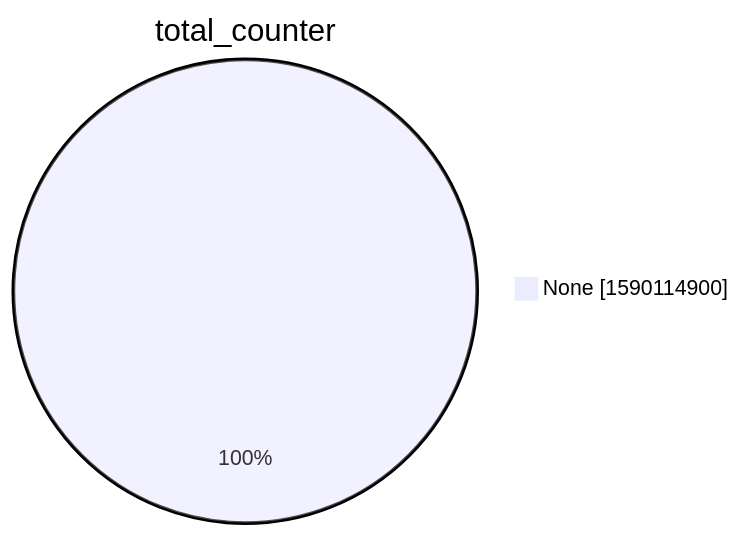
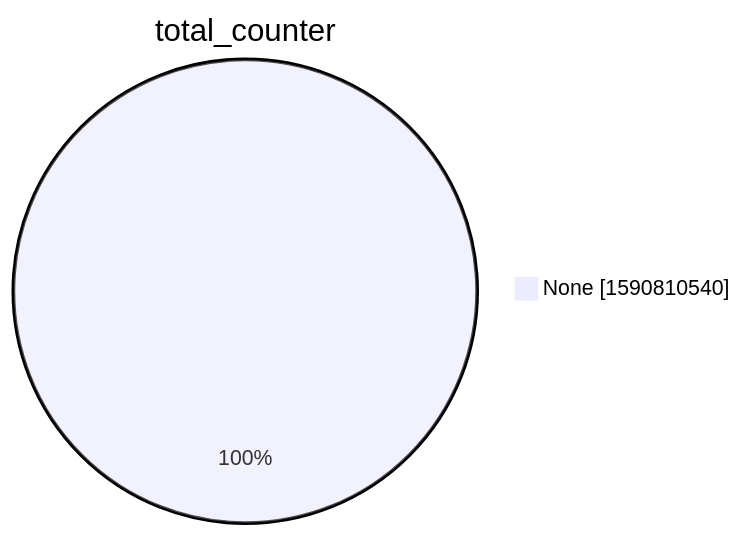
One commit to christiankrug/ctmonitor_visualization changed the second of 15 diagrams in xenon2022/README.md. Above: the diagram before and after it, drawn with Mermaid. The commit also changed other lines of this file, not shown here.

````diff
--- a/xenon2022/README.md
+++ b/xenon2022/README.md
@@ -9,5 +9,5 @@
 ```mermaid
 pie showData
 title total_counter
-"None" :1590114900
+"None" :1590810540
 ```
````
